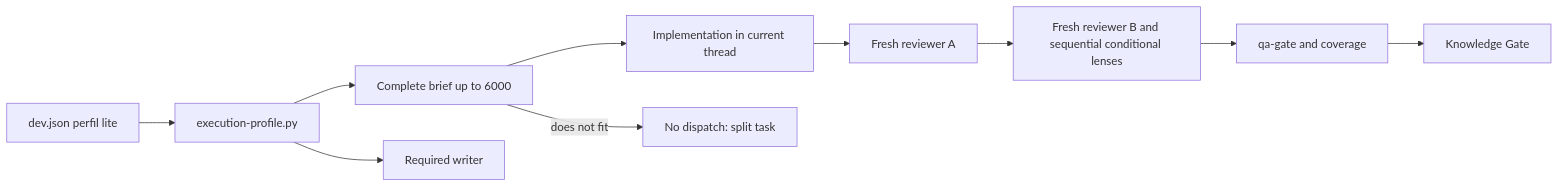
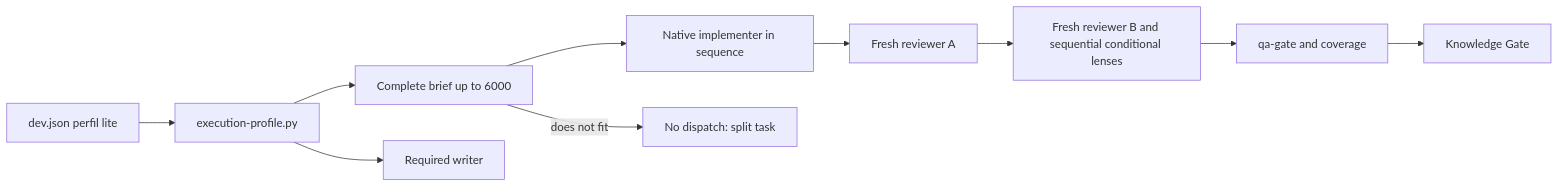
Diagram 28 of 28 in docs/en/FLOWS.md (daycry/custom-agents), drawn with Mermaid before and after one commit. The commit also changed other lines of this file and 14 other files, not shown here.

First line of the commit message:
T-05: implementation always runs as the native implementer

````diff
--- a/docs/en/FLOWS.md
+++ b/docs/en/FLOWS.md
@@ -849,12 +850,12 @@
 ```mermaid
 flowchart LR
   Config[dev.json perfil lite] --> Resolver[execution-profile.py]
   Resolver --> Brief[Complete brief up to 6000]
   Resolver --> Writer[Required writer]
-  Brief --> Implement[Implementation in current thread]
+  Brief --> Implement[Native implementer in sequence]
   Implement --> A[Fresh reviewer A]
   A --> B[Fresh reviewer B and sequential conditional lenses]
   B --> QA[qa-gate and coverage]
   QA --> KG[Knowledge Gate]
   Brief -->|does not fit| Adjust[No dispatch: split task]
 ```
````
